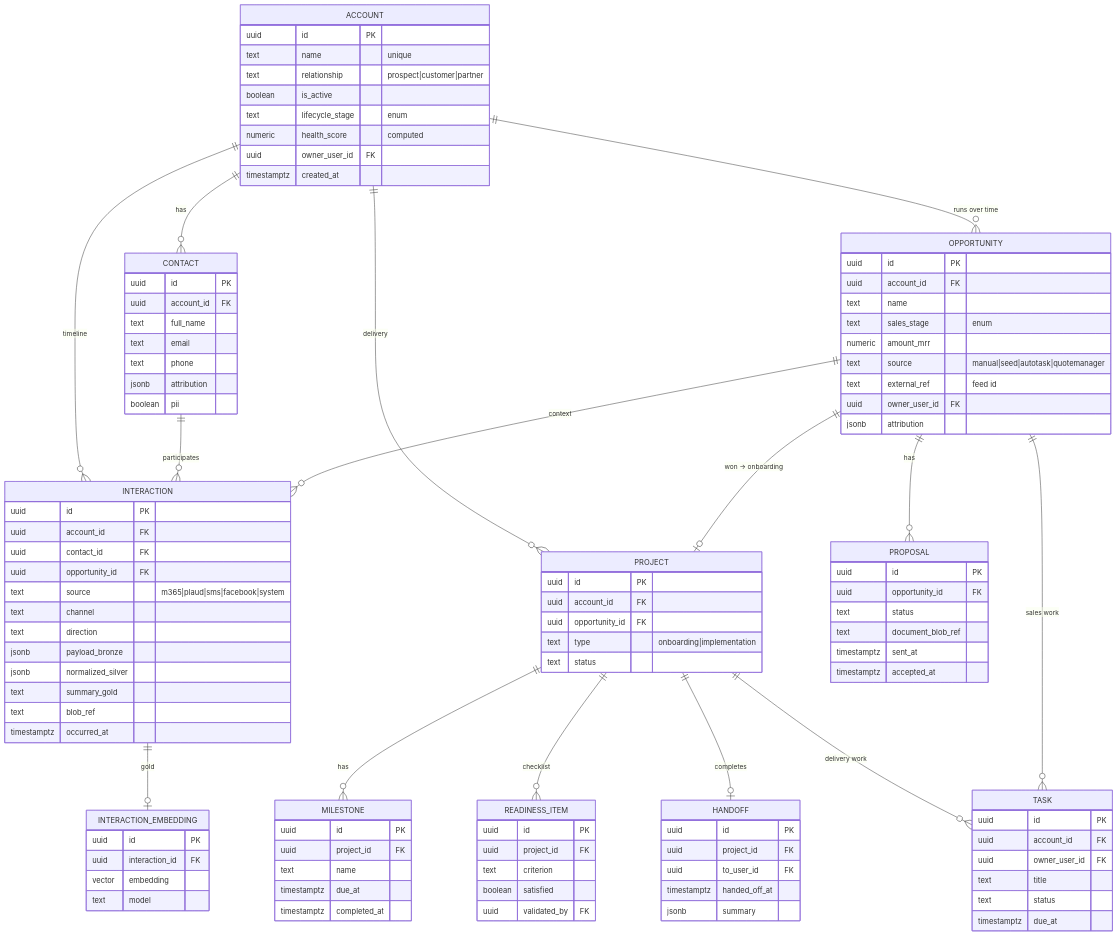
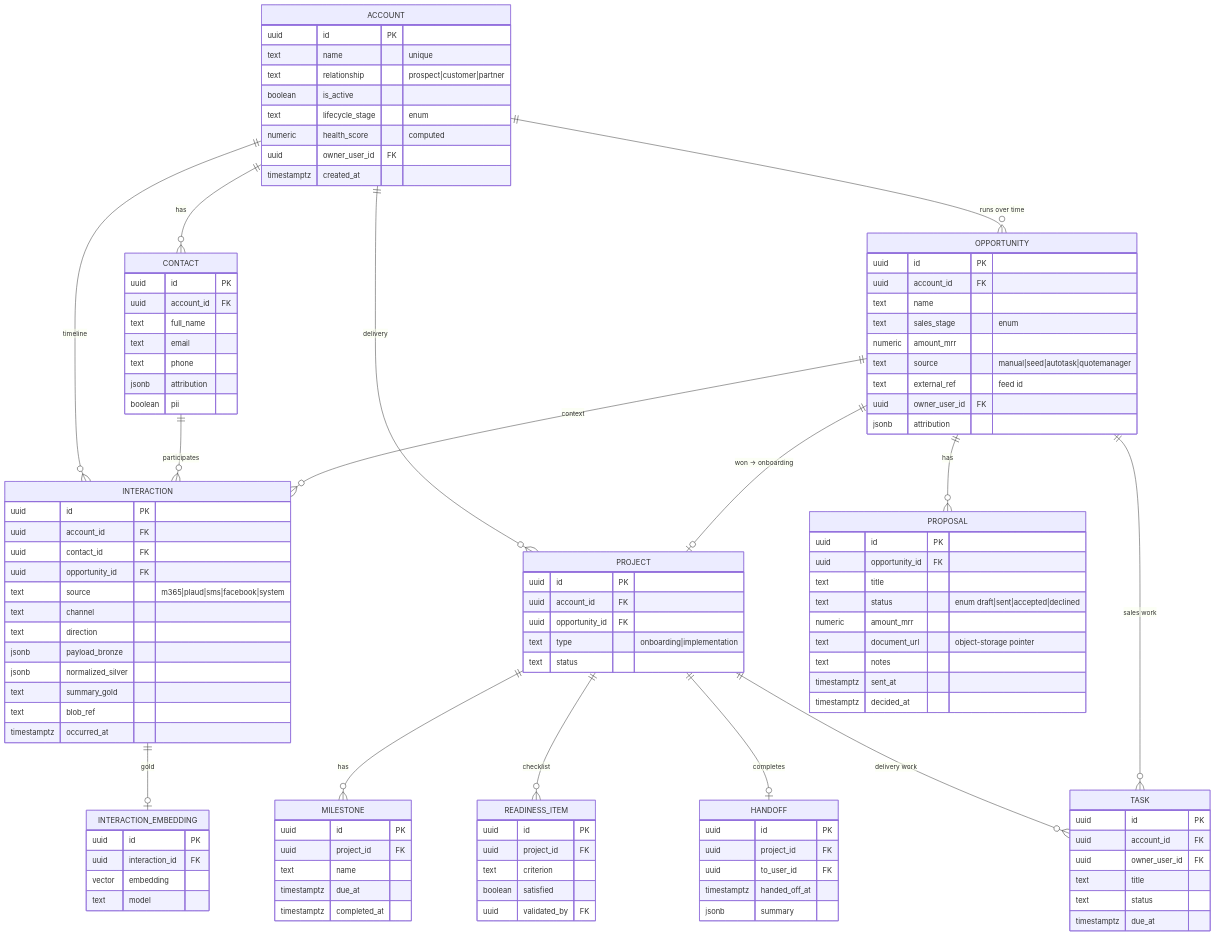
Before and after one commit to markdconnelly/ImperionCRM: the first of 3 diagrams in docs/database/data-model.md, drawn with Mermaid. The commit also changed other lines of this file and 13 other files, not shown here.

```diff
--- a/docs/database/data-model.md
+++ b/docs/database/data-model.md
@@ -77,10 +77,13 @@
     PROPOSAL {
       uuid id PK
       uuid opportunity_id FK
-      text status
-      text document_blob_ref
+      text title
+      text status "enum draft|sent|accepted|declined"
+      numeric amount_mrr
+      text document_url "object-storage pointer"
+      text notes
       timestamptz sent_at
-      timestamptz accepted_at
+      timestamptz decided_at
     }
     PROJECT {
       uuid id PK
```
